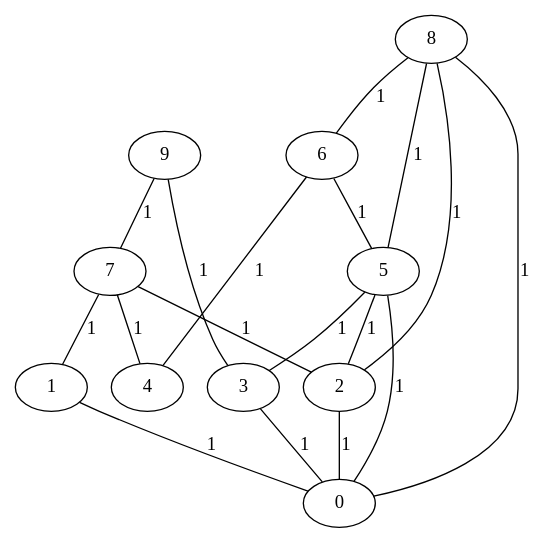
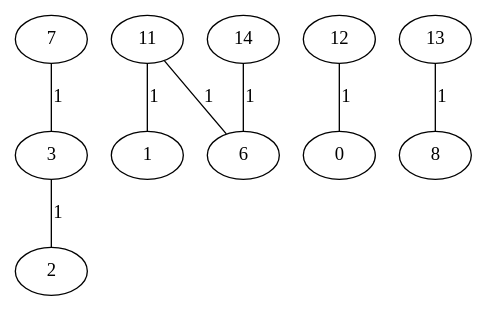
One commit to evlrs/Labyrinthe changed the diagram in partition/dorian/graph_list.dot. Above: the diagram before and after it, drawn with Graphviz. The commit also changed 14 other files, not shown here.

```diff
--- a/partition/dorian/graph_list.dot
+++ b/partition/dorian/graph_list.dot
@@ -1,19 +1,9 @@
 graph {
-	 1 -- 0 [label = 1];
-	 2 -- 0 [label = 1];
-	 3 -- 0 [label = 1];
-	 5 -- 0 [label = 1];
-	 5 -- 2 [label = 1];
-	 5 -- 3 [label = 1];
-	 6 -- 4 [label = 1];
-	 6 -- 5 [label = 1];
-	 7 -- 1 [label = 1];
-	 7 -- 2 [label = 1];
-	 7 -- 4 [label = 1];
-	 8 -- 0 [label = 1];
-	 8 -- 2 [label = 1];
-	 8 -- 5 [label = 1];
-	 8 -- 6 [label = 1];
-	 9 -- 3 [label = 1];
-	 9 -- 7 [label = 1];
+	 3 -- 2 [label = 1];
+	 7 -- 3 [label = 1];
+	 11 -- 1 [label = 1];
+	 11 -- 6 [label = 1];
+	 12 -- 0 [label = 1];
+	 13 -- 8 [label = 1];
+	 14 -- 6 [label = 1];
 }
```
